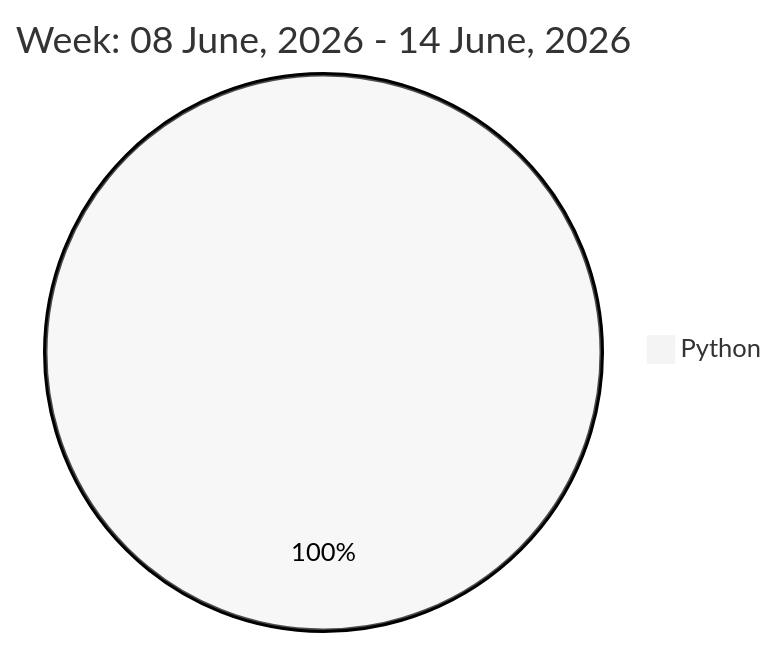
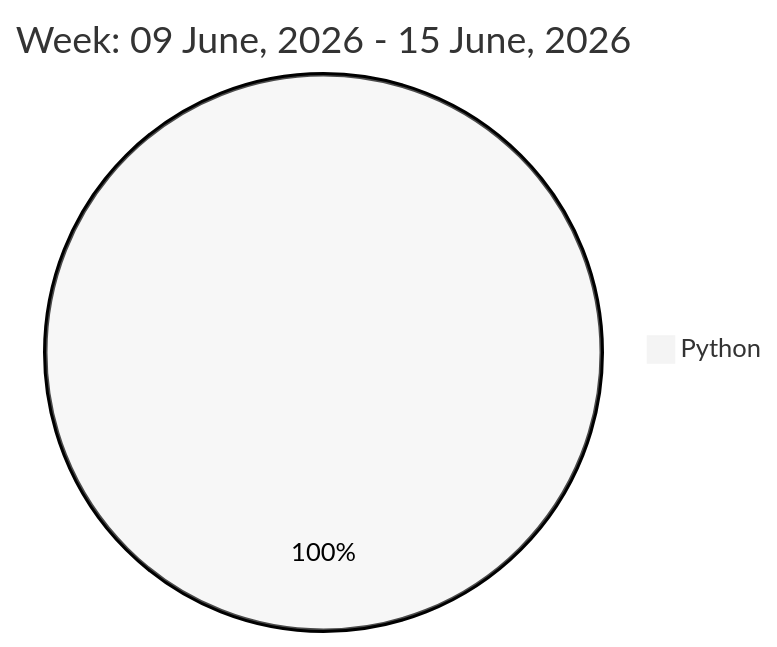
The diagram in README.md (liubin95/liubin95), drawn with Mermaid (neutral theme) before and after one commit.

Commit message:
Updated the Graph with new Metrics

````diff
--- a/README.md
+++ b/README.md
@@ -32,5 +32,5 @@
 ```mermaid
  pie
-title Week: 08 June, 2026 - 14 June, 2026
- "Python" : 9.65
+title Week: 09 June, 2026 - 15 June, 2026
+ "Python" : 11.35
 ```
````
